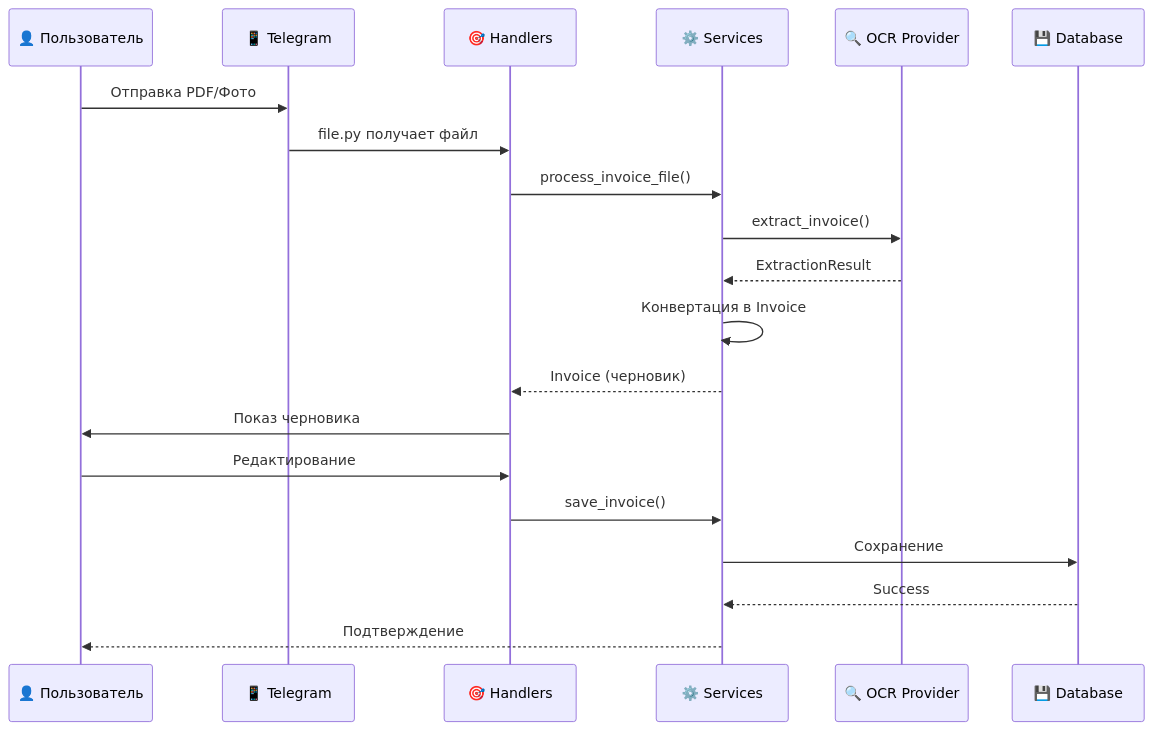
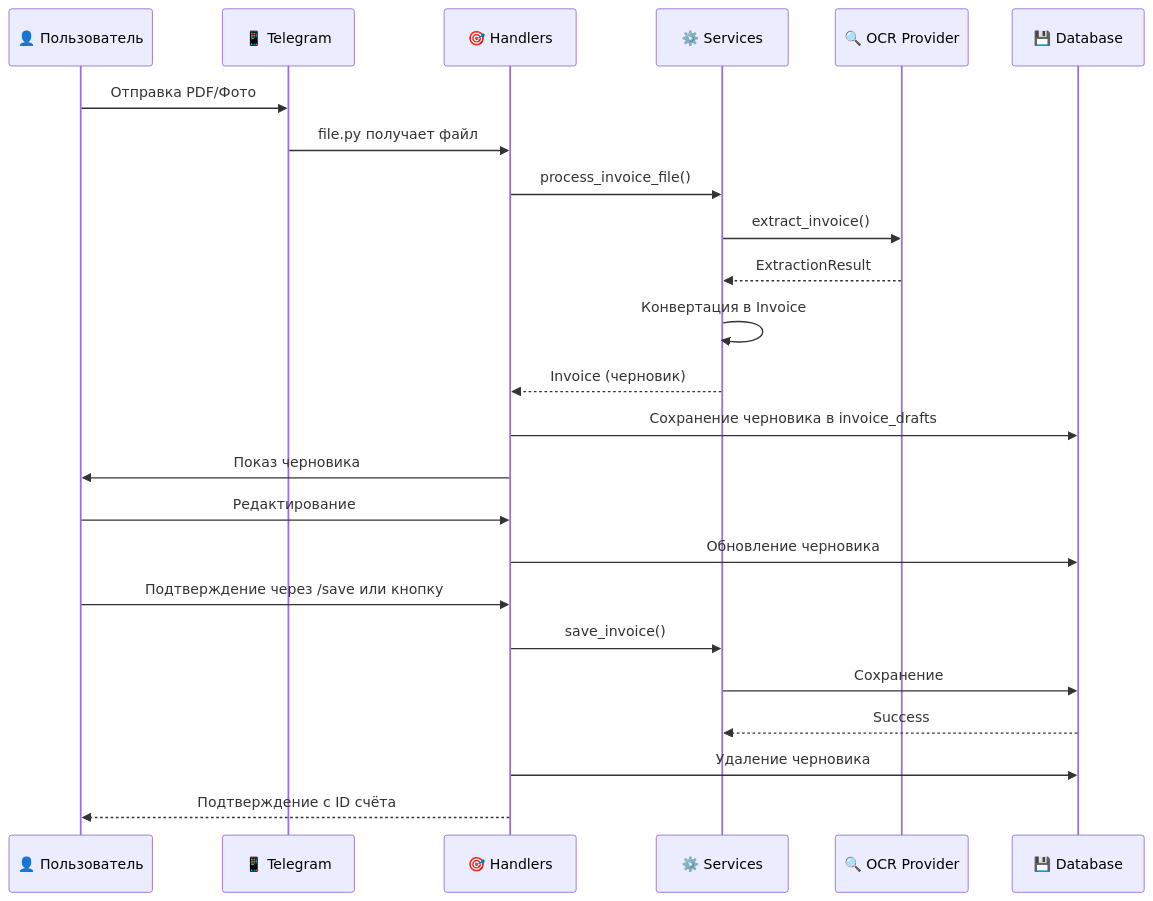
The first of 2 diagrams in docs/ru/overview.md (AmaLS367/InvoiceFlowBot), drawn with Mermaid before and after one commit. The commit also changed other lines of this file and 37 other files, not shown here.

````diff
--- a/docs/ru/overview.md
+++ b/docs/ru/overview.md
@@ -26,23 +26,27 @@
 ```mermaid
 sequenceDiagram
     participant U as 👤 Пользователь
     participant T as 📱 Telegram
     participant H as 🎯 Handlers
     participant S as ⚙️ Services
     participant O as 🔍 OCR Provider
     participant D as 💾 Database
 
     U->>T: Отправка PDF/Фото
     T->>H: file.py получает файл
     H->>S: process_invoice_file()
     S->>O: extract_invoice()
     O-->>S: ExtractionResult
     S->>S: Конвертация в Invoice
     S-->>H: Invoice (черновик)
+    H->>D: Сохранение черновика в invoice_drafts
     H->>U: Показ черновика
     U->>H: Редактирование
+    H->>D: Обновление черновика
+    U->>H: Подтверждение через /save или кнопку
     H->>S: save_invoice()
     S->>D: Сохранение
     D-->>S: Success
-    S-->>U: Подтверждение
+    H->>D: Удаление черновика
+    H-->>U: Подтверждение с ID счёта
 ```
````
